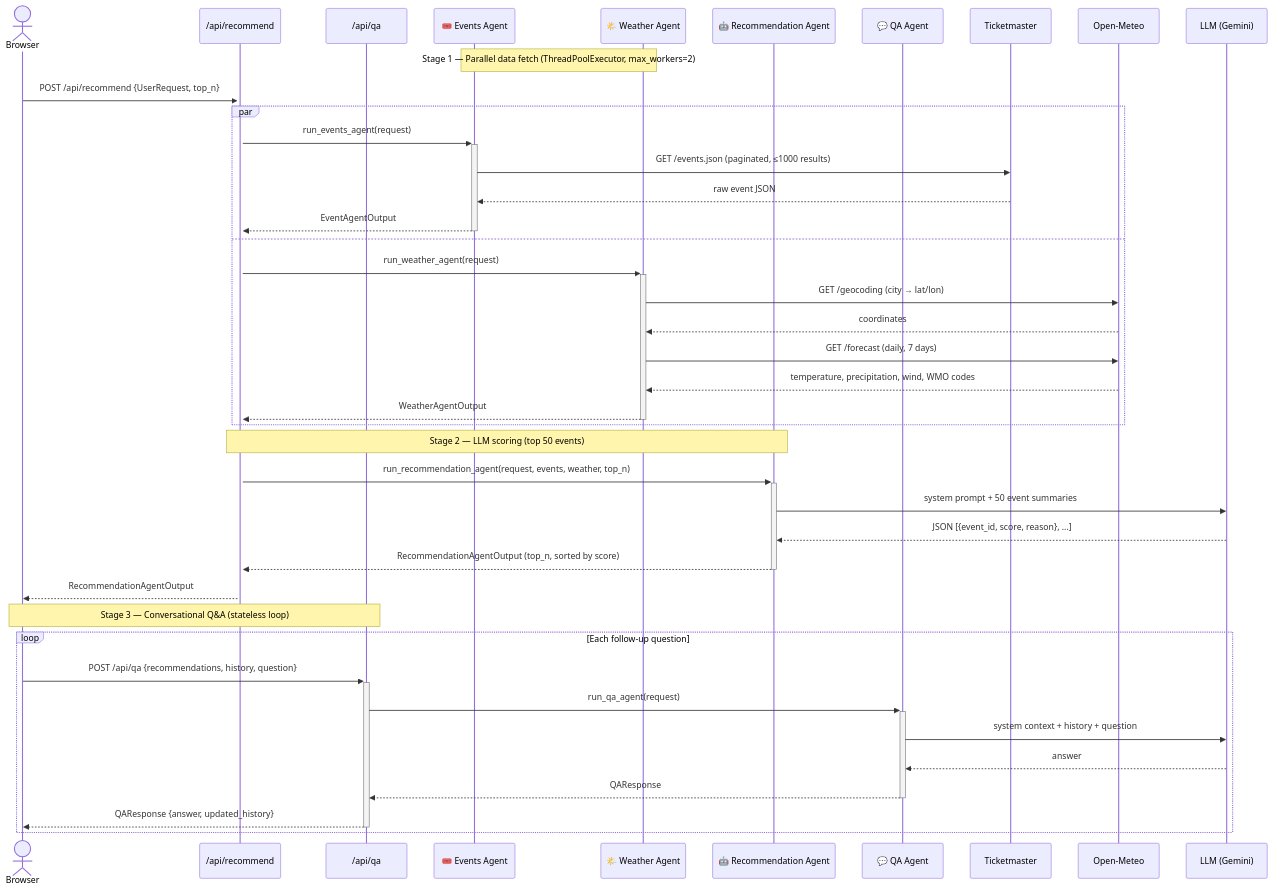
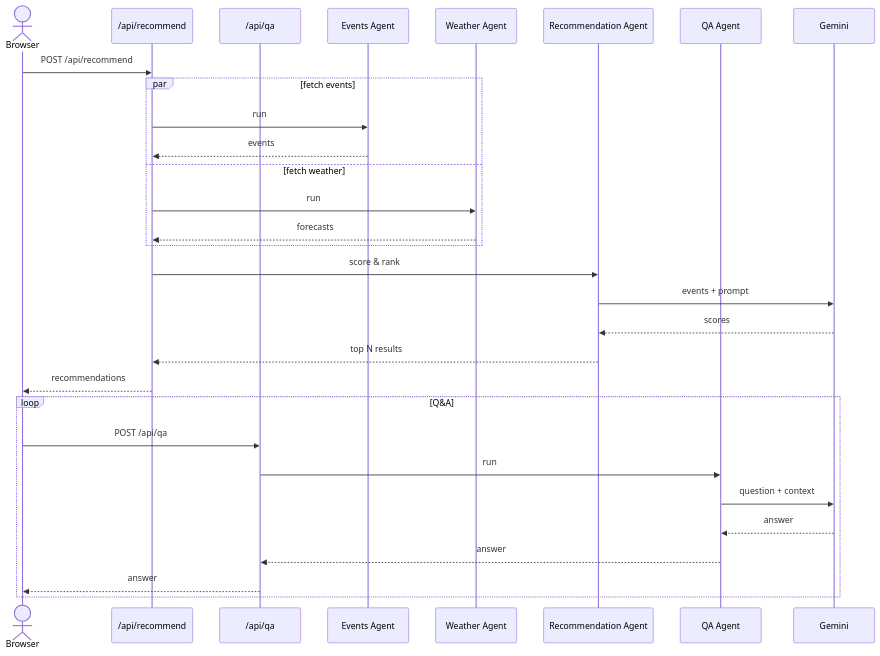
The second of 9 diagrams in README.md (ritwiksharan/event-recommendor), drawn with Mermaid before and after one commit. The commit also changed other lines of this file, not shown here.

First line of the commit message:
Fix mermaid diagrams: remove \n from labels, simplify sequence diagram

````diff
--- a/README.md
+++ b/README.md
@@ -83,46 +83,34 @@
 ```mermaid
 sequenceDiagram
     actor U as Browser
     participant R1 as /api/recommend
     participant R2 as /api/qa
-    participant A1 as 🎟️ Events Agent
-    participant A2 as 🌤️ Weather Agent
-    participant A3 as 🤖 Recommendation Agent
-    participant A4 as 💬 QA Agent
-    participant TM as Ticketmaster
-    participant OM as Open-Meteo
-    participant LLM as LLM (Gemini)
+    participant A1 as Events Agent
+    participant A2 as Weather Agent
+    participant A3 as Recommendation Agent
+    participant A4 as QA Agent
+    participant LLM as Gemini
 
-    Note over A1,A2: Stage 1 — Parallel data fetch (ThreadPoolExecutor, max_workers=2)
-    U->>+R1: POST /api/recommend {UserRequest, top_n}
-    par
-        R1->>+A1: run_events_agent(request)
-        A1->>TM: GET /events.json (paginated, ≤1000 results)
-        TM-->>A1: raw event JSON
-        A1-->>-R1: EventAgentOutput
-    and
-        R1->>+A2: run_weather_agent(request)
-        A2->>OM: GET /geocoding (city → lat/lon)
-        OM-->>A2: coordinates
-        A2->>OM: GET /forecast (daily, 7 days)
-        OM-->>A2: temperature, precipitation, wind, WMO codes
-        A2-->>-R1: WeatherAgentOutput
+    U->>R1: POST /api/recommend
+    par fetch events
+        R1->>A1: run
+        A1-->>R1: events
+    and fetch weather
+        R1->>A2: run
+        A2-->>R1: forecasts
     end
+    R1->>A3: score & rank
+    A3->>LLM: events + prompt
+    LLM-->>A3: scores
+    A3-->>R1: top N results
+    R1-->>U: recommendations
 
-    Note over R1,A3: Stage 2 — LLM scoring (top 50 events)
-    R1->>+A3: run_recommendation_agent(request, events, weather, top_n)
-    A3->>LLM: system prompt + 50 event summaries
-    LLM-->>A3: JSON [{event_id, score, reason}, ...]
-    A3-->>-R1: RecommendationAgentOutput (top_n, sorted by score)
-    R1-->>U: RecommendationAgentOutput
-
-    Note over U,R2: Stage 3 — Conversational Q&A (stateless loop)
-    loop Each follow-up question
-        U->>+R2: POST /api/qa {recommendations, history, question}
-        R2->>+A4: run_qa_agent(request)
-        A4->>LLM: system context + history + question
+    loop Q&A
+        U->>R2: POST /api/qa
+        R2->>A4: run
+        A4->>LLM: question + context
         LLM-->>A4: answer
-        A4-->>-R2: QAResponse
-        R2-->>-U: QAResponse {answer, updated_history}
+        A4-->>R2: answer
+        R2-->>U: answer
     end
 ```
````
